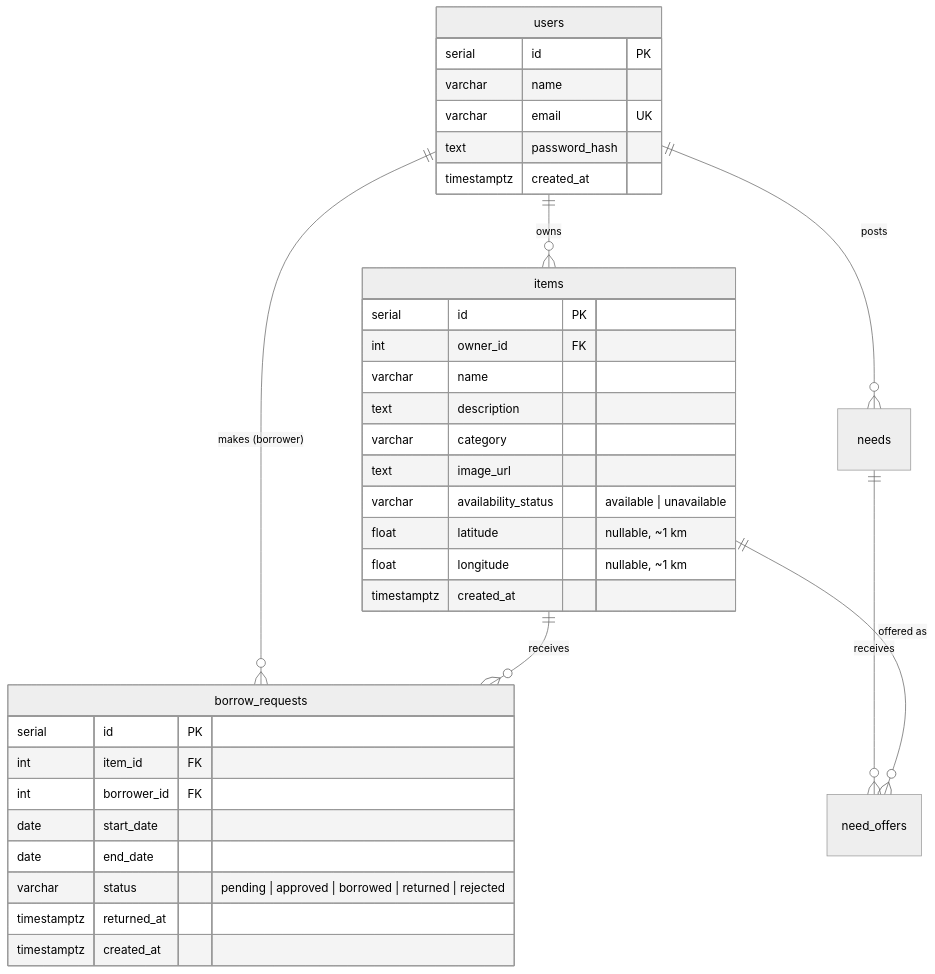
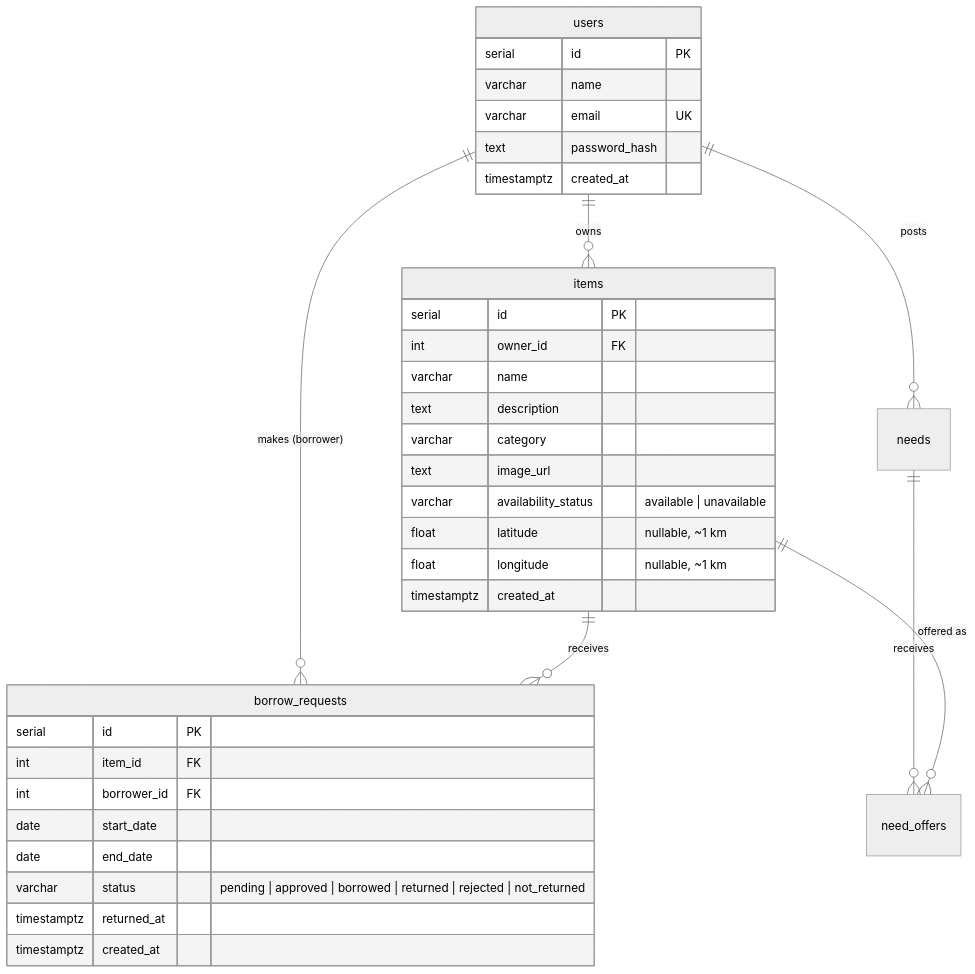
Before and after one commit to Vinothini-12/Borrow-buddy: the second of 2 diagrams in docs/ARCHITECTURE.md, drawn with Mermaid (neutral theme). The commit also changed other lines of this file and 13 other files, not shown here.

First line of the commit message:
feat: overdue badges, borrower blocking and "not returned" reports

````diff
--- a/docs/ARCHITECTURE.md
+++ b/docs/ARCHITECTURE.md
@@ -96,39 +96,39 @@
 ```mermaid
 erDiagram
     users ||--o{ items : "owns"
     users ||--o{ borrow_requests : "makes (borrower)"
     items ||--o{ borrow_requests : "receives"
     users ||--o{ needs : "posts"
     needs ||--o{ need_offers : "receives"
     items ||--o{ need_offers : "offered as"
 
     users {
         serial id PK
         varchar name
         varchar email UK
         text password_hash
         timestamptz created_at
     }
     items {
         serial id PK
         int owner_id FK
         varchar name
         text description
         varchar category
         text image_url
         varchar availability_status "available | unavailable"
         float latitude "nullable, ~1 km"
         float longitude "nullable, ~1 km"
         timestamptz created_at
     }
     borrow_requests {
         serial id PK
         int item_id FK
         int borrower_id FK
         date start_date
         date end_date
-        varchar status "pending | approved | borrowed | returned | rejected"
+        varchar status "pending | approved | borrowed | returned | rejected | not_returned"
         timestamptz returned_at
         timestamptz created_at
     }
 ```
````
